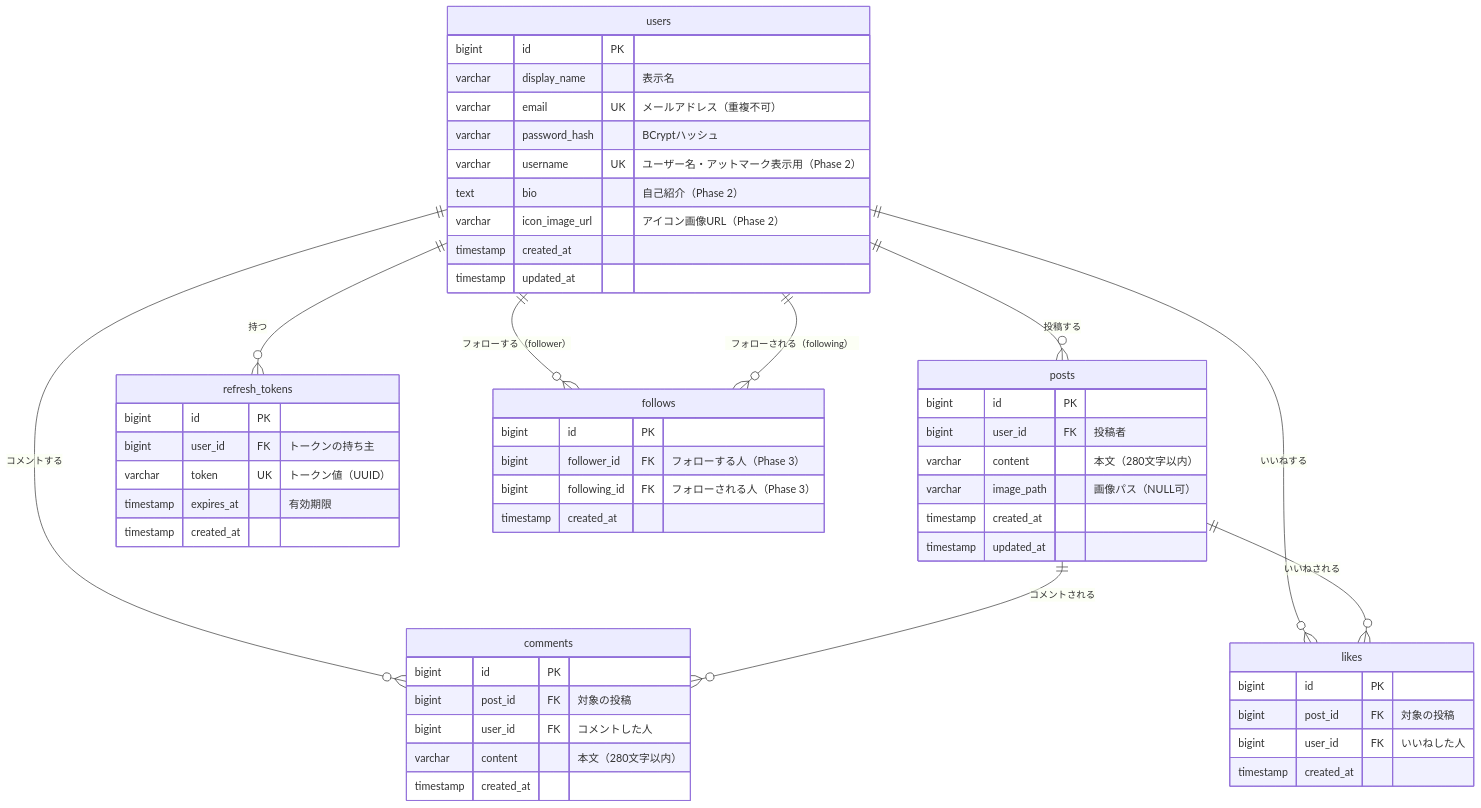
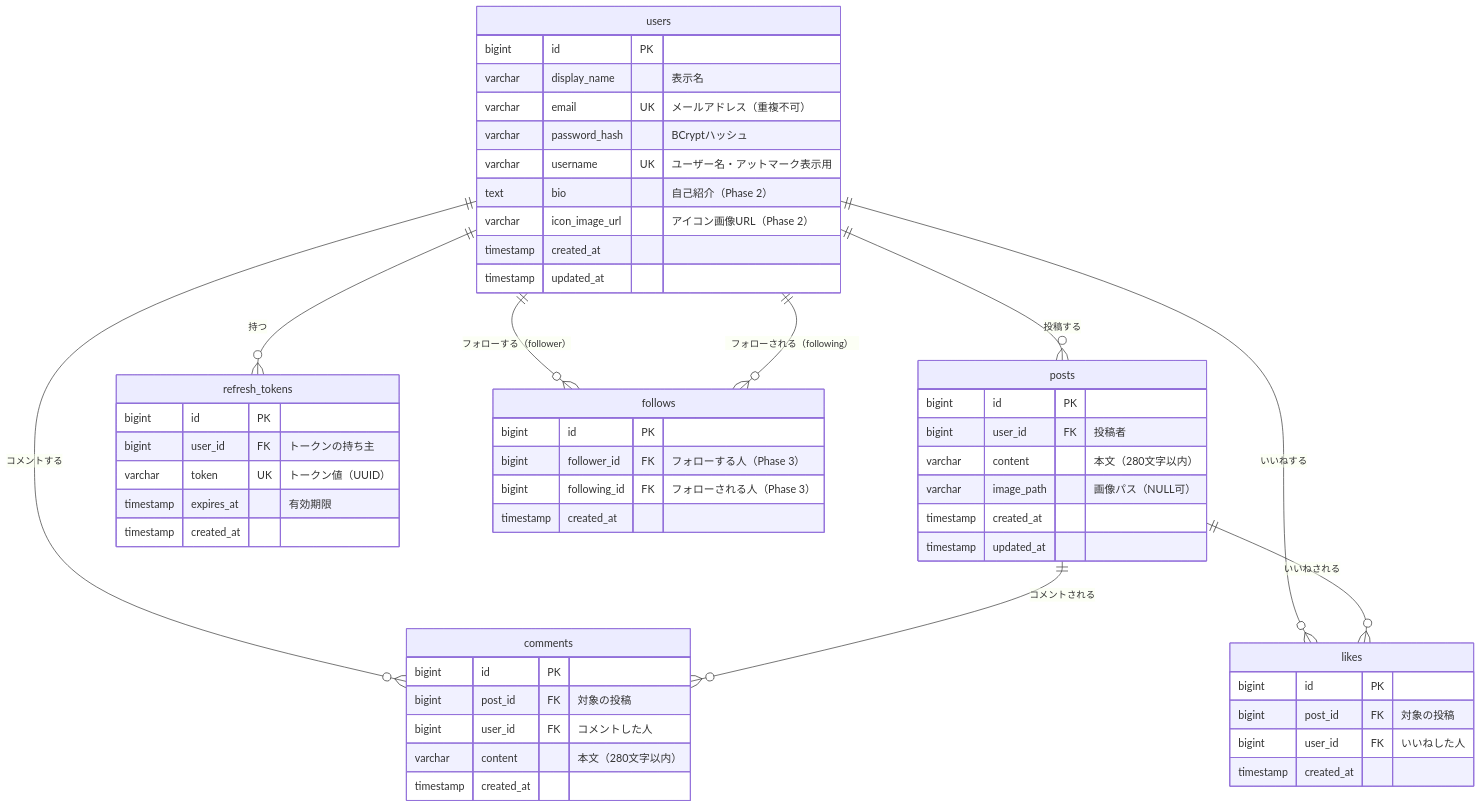
One commit to yusu31/RaiseTimeLine changed the diagram in docs/database-design.md. Above: the diagram before and after it, drawn with Mermaid. The commit also changed other lines of this file and 33 other files, not shown here.

````diff
--- a/docs/database-design.md
+++ b/docs/database-design.md
@@ -18,62 +18,62 @@
 ```mermaid
 erDiagram
     users ||--o{ posts : "投稿する"
     users ||--o{ comments : "コメントする"
     users ||--o{ likes : "いいねする"
     users ||--o{ refresh_tokens : "持つ"
     users ||--o{ follows : "フォローする（follower）"
     users ||--o{ follows : "フォローされる（following）"
     posts ||--o{ comments : "コメントされる"
     posts ||--o{ likes : "いいねされる"
 
     users {
         bigint id PK
         varchar display_name "表示名"
         varchar email UK "メールアドレス（重複不可）"
         varchar password_hash "BCryptハッシュ"
-        varchar username UK "ユーザー名・アットマーク表示用（Phase 2）"
+        varchar username UK "ユーザー名・アットマーク表示用"
         text bio "自己紹介（Phase 2）"
         varchar icon_image_url "アイコン画像URL（Phase 2）"
         timestamp created_at
         timestamp updated_at
     }
 
     posts {
         bigint id PK
         bigint user_id FK "投稿者"
         varchar content "本文（280文字以内）"
         varchar image_path "画像パス（NULL可）"
         timestamp created_at
         timestamp updated_at
     }
 
     comments {
         bigint id PK
         bigint post_id FK "対象の投稿"
         bigint user_id FK "コメントした人"
         varchar content "本文（280文字以内）"
         timestamp created_at
     }
 
     likes {
         bigint id PK
         bigint post_id FK "対象の投稿"
         bigint user_id FK "いいねした人"
         timestamp created_at
     }
 
     refresh_tokens {
         bigint id PK
         bigint user_id FK "トークンの持ち主"
         varchar token UK "トークン値（UUID）"
         timestamp expires_at "有効期限"
         timestamp created_at
     }
 
     follows {
         bigint id PK
         bigint follower_id FK "フォローする人（Phase 3）"
         bigint following_id FK "フォローされる人（Phase 3）"
         timestamp created_at
     }
 ```
````
